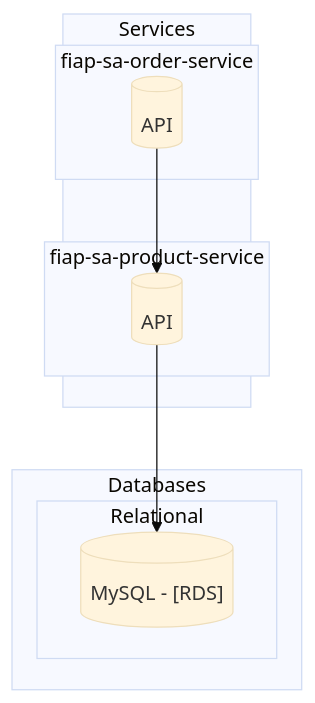
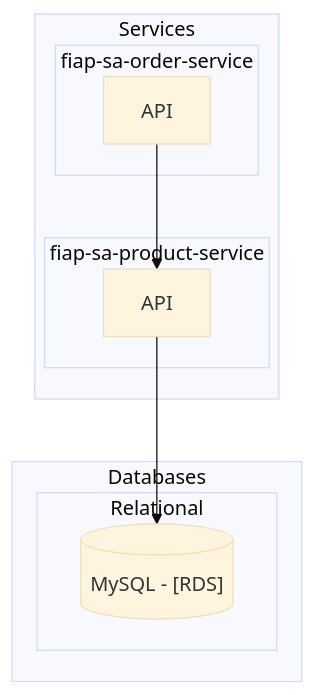
One commit to KauanCarvalho/fiap-sa-product-service changed the diagram in README.md. Above: the diagram before and after it, drawn with Mermaid (base theme).

Commit message:
feat: bump readme (#22)

````diff
--- a/README.md
+++ b/README.md
@@ -11,21 +11,21 @@
 ```mermaid
 flowchart TD
   subgraph Databases["Databases"]
     subgraph Relational["Relational"]
         MySQL_Product[("MySQL - [RDS]")]
     end
   end
 
   subgraph Services["Services"]
     subgraph Product["fiap-sa-product-service"]
-      Product_Service[("API")]
+      Product_Service["API"]
     end
 
     subgraph Order["fiap-sa-order-service"]
-      Order_API[("API")]
+      Order_API["API"]
     end
   end
 
   Product_Service --> MySQL_Product
   Order_API --> Product_Service
 ```
````
